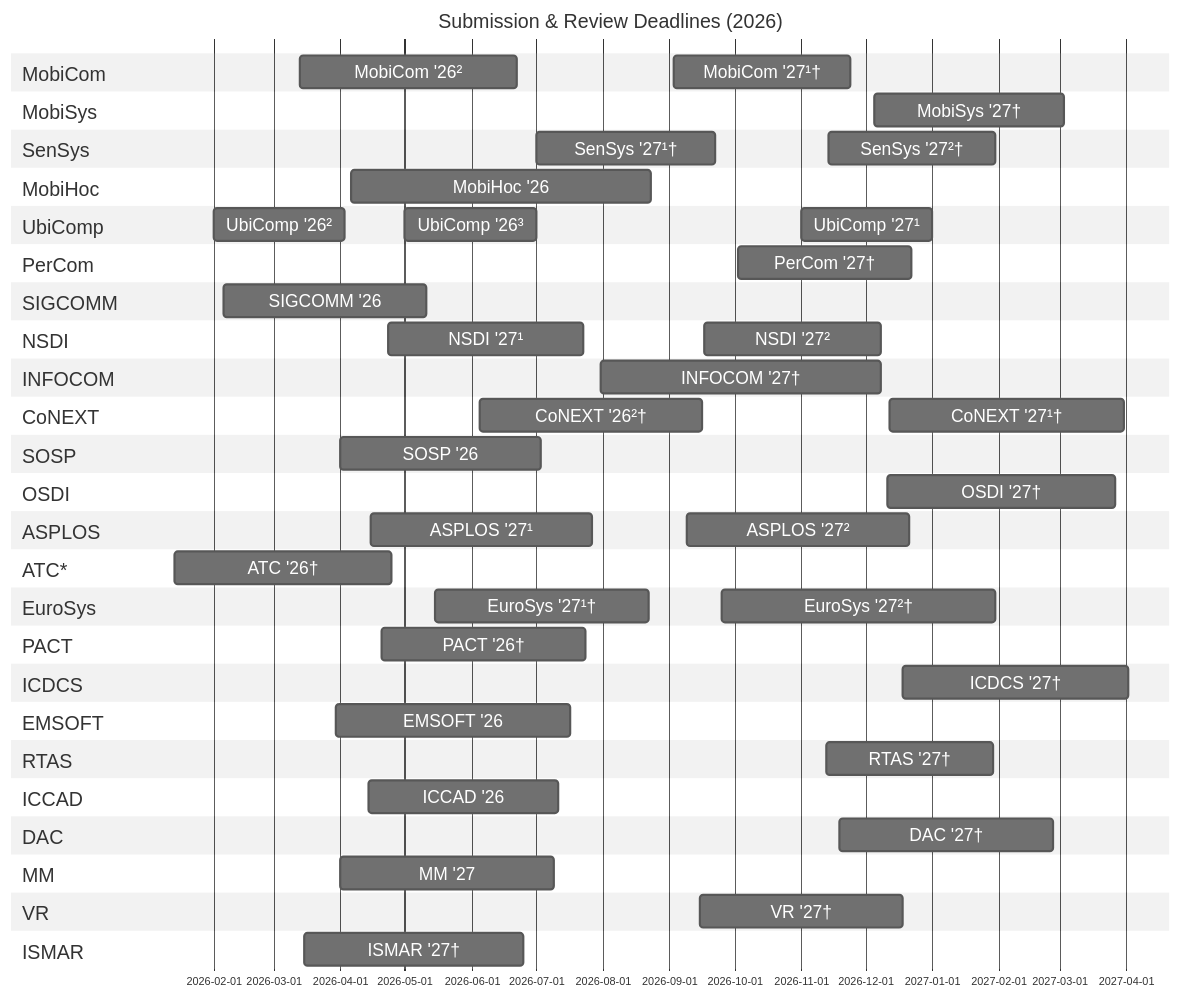
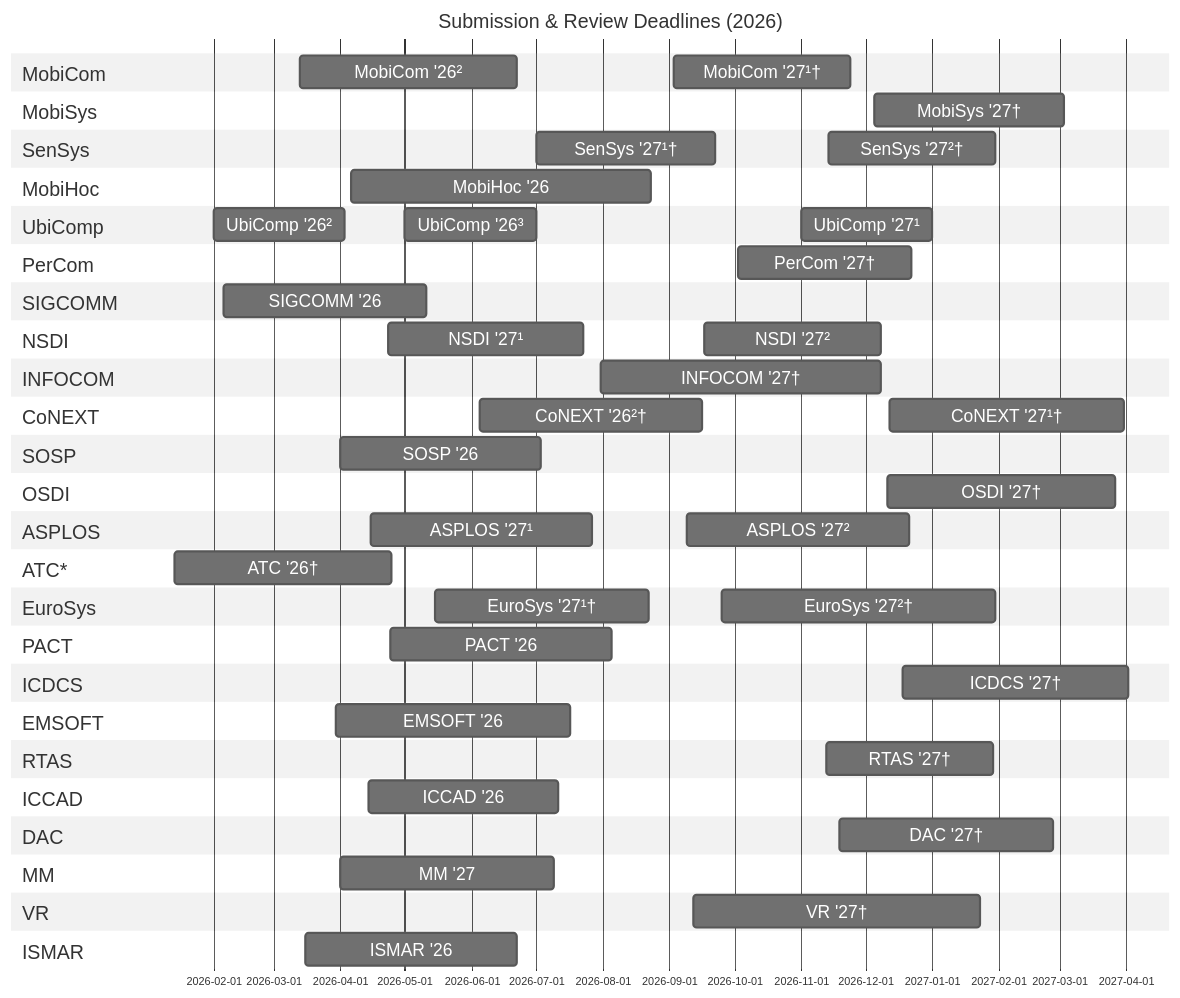
One commit to iamseonghoon/Mobile-Systems-Conference-Deadlines changed the diagram in README.md. Above: the diagram before and after it, drawn with Mermaid. The commit also changed other lines of this file, not shown here.

````diff
--- a/README.md
+++ b/README.md
@@ -84,7 +84,7 @@
     EuroSys '27²† :eurosys27-review2, 2026-09-25, 127d
 
     section PACT
-    PACT '26† :pact26-review, 2026-04-20, 95d
+    PACT '26 :pact26-review, 2026-04-24, 103d
 
     section ICDCS
     ICDCS '27† :icdcs27-review, 2026-12-18, 105d
@@ -111,9 +111,9 @@
     MM '27 :mm27-review, 2026-04-01, 99d
 
     section VR
-    VR '27† :vr27-review, 2026-09-15, 94d
+    VR '27† :vr27-review, 2026-09-12, 133d
 
     section ISMAR
-    ISMAR '27† :ismar27-review, 2026-03-15, 102d
+    ISMAR '26 :ismar26-review, 2026-03-16, 98d
 
 ```
````
